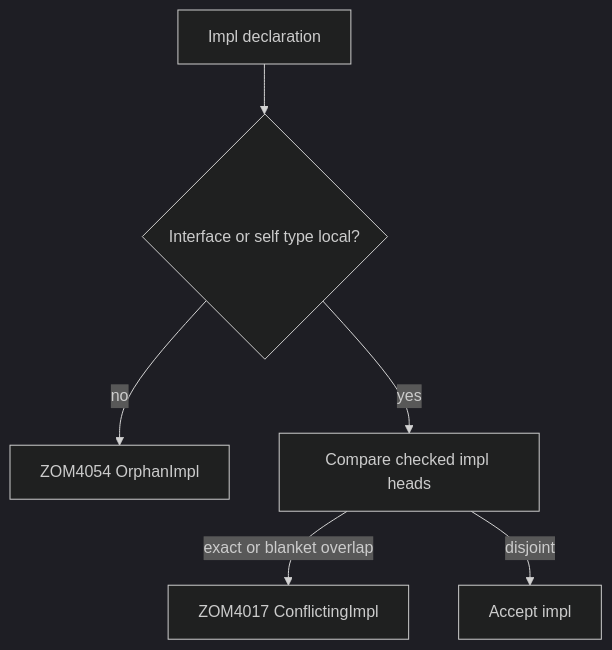
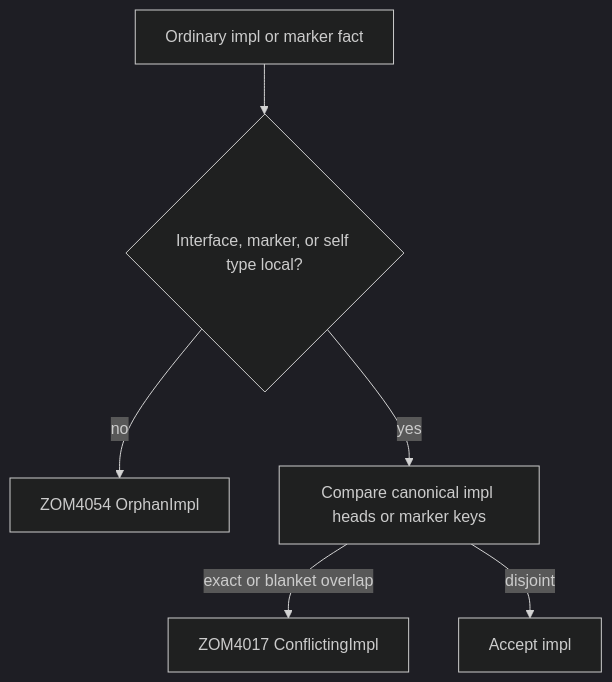
Before and after one commit to Zzzode/ZOM: the diagram in docs/spec/chapters/22-orphan-rule-and-coherence.md, drawn with Mermaid (dark theme). The commit also changed other lines of this file and 1466 other files, not shown here.

````diff
--- a/docs/spec/chapters/22-orphan-rule-and-coherence.md
+++ b/docs/spec/chapters/22-orphan-rule-and-coherence.md
@@ -46,8 +52,8 @@
 ```mermaid
 flowchart TD
-    I[Impl declaration] --> L{Interface or self type local?}
+    I[Ordinary impl or marker fact] --> L{Interface, marker, or self type local?}
     L -->|no| O[ZOM4054 OrphanImpl]
-    L -->|yes| H[Compare checked impl heads]
+    L -->|yes| H[Compare canonical impl heads or marker keys]
     H -->|exact or blanket overlap| C[ZOM4017 ConflictingImpl]
     H -->|disjoint| A[Accept impl]
 ```
````
